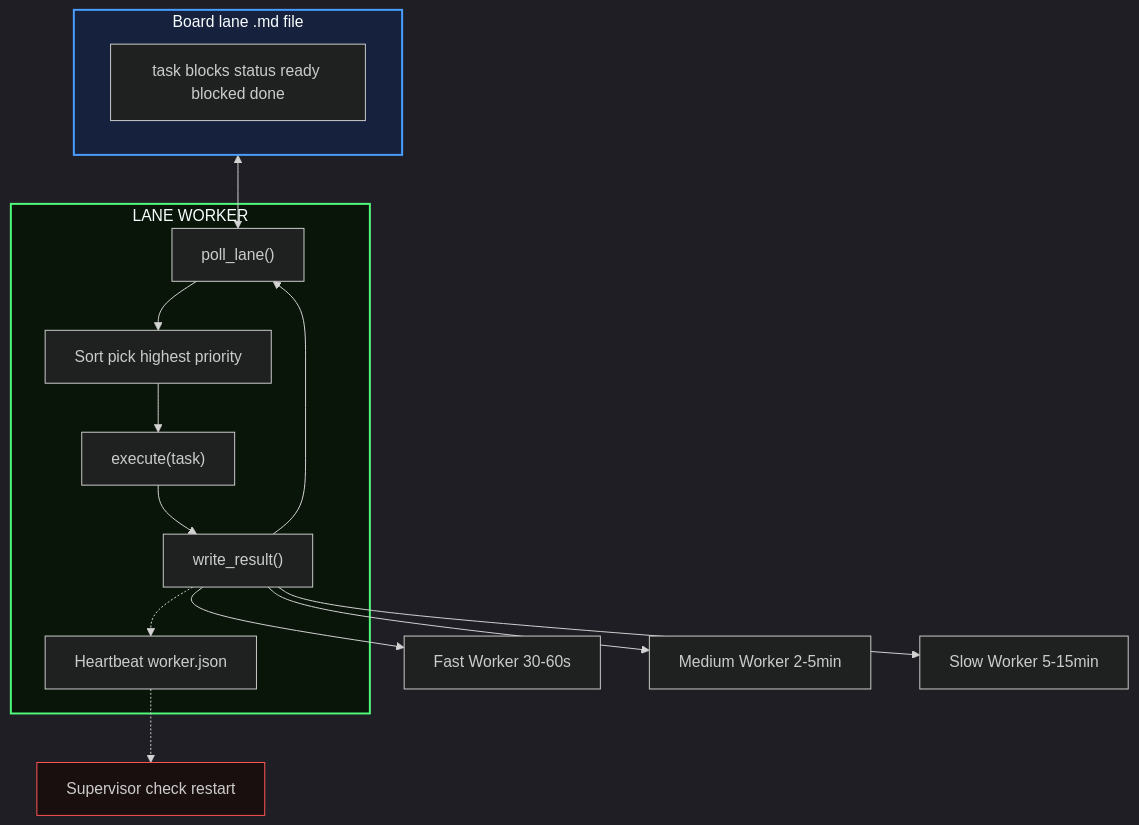
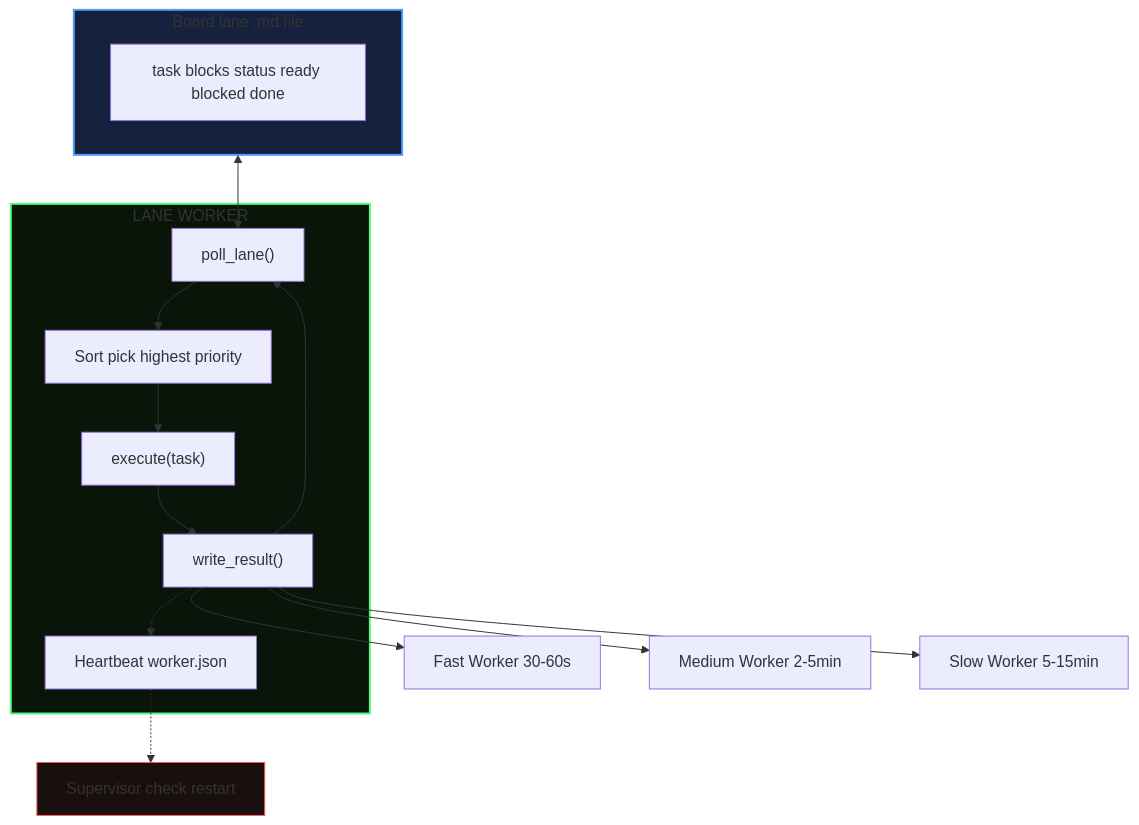
Before and after one commit to mmartoccia/ghost-orchestration-pattern: the diagram in diagrams/LANE_WORKERS.mmd, drawn with Mermaid. The commit also changed 5 other files, not shown here.

Commit message:
Remove init directive - GitHub Mermaid doesn't support it

````diff
--- a/diagrams/LANE_WORKERS.mmd
+++ b/diagrams/LANE_WORKERS.mmd
@@ -1,24 +1,23 @@
 ```mermaid
-%%{init: { "theme": "dark" }}%%
 flowchart TB
     subgraph LF["Board lane .md file"]
         L1["task blocks status ready blocked done"]
     end
     subgraph WORKER["LANE WORKER"]
         P["poll_lane()"]
         R["Sort pick highest priority"]
         E["execute(task)"]
         W["write_result()"]
         H["Heartbeat worker.json"]
         P --> R --> E --> W --> P
         W -.-> H
     end
     LF <--> P
     H -.-> S["Supervisor check restart"]
     W --> T1["Fast Worker 30-60s"]
     W --> T2["Medium Worker 2-5min"]
     W --> T3["Slow Worker 5-15min"]
     style LF fill:#16213e,stroke:#4a9eff,stroke-width:2px
     style WORKER fill:#0a150a,stroke:#50fa7b,stroke-width:2px
     style S fill:#1a0f0f,stroke:#ff5555,stroke-width:1px
 ```
````
